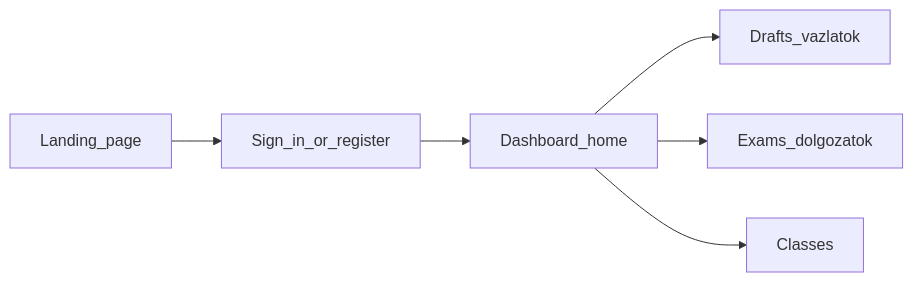
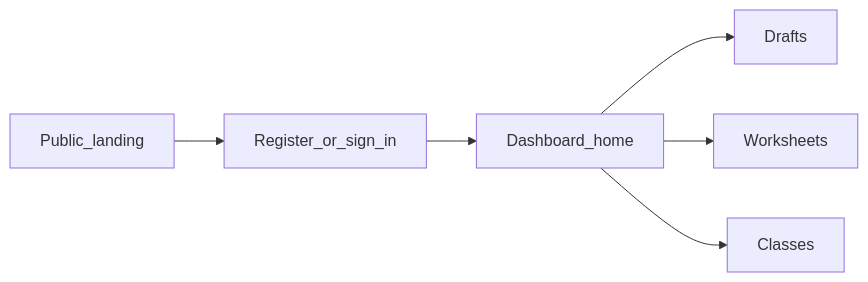
One commit to libnotix/frontend changed the diagram in docs/USER_GUIDE.en.md. Above: the diagram before and after it, drawn with Mermaid. The commit also changed other lines of this file, not shown here.

````diff
--- a/docs/USER_GUIDE.en.md
+++ b/docs/USER_GUIDE.en.md
@@ -50,8 +49,8 @@
 ```mermaid
 flowchart LR
-  Landing[Landing_page] --> Auth[Sign_in_or_register]
+  Landing[Public_landing] --> Auth[Register_or_sign_in]
   Auth --> Dash[Dashboard_home]
-  Dash --> Drafts[Drafts_vazlatok]
-  Dash --> Exams[Exams_dolgozatok]
+  Dash --> Drafts[Drafts]
+  Dash --> Exams[Worksheets]
   Dash --> Classes[Classes]
 ```
````
